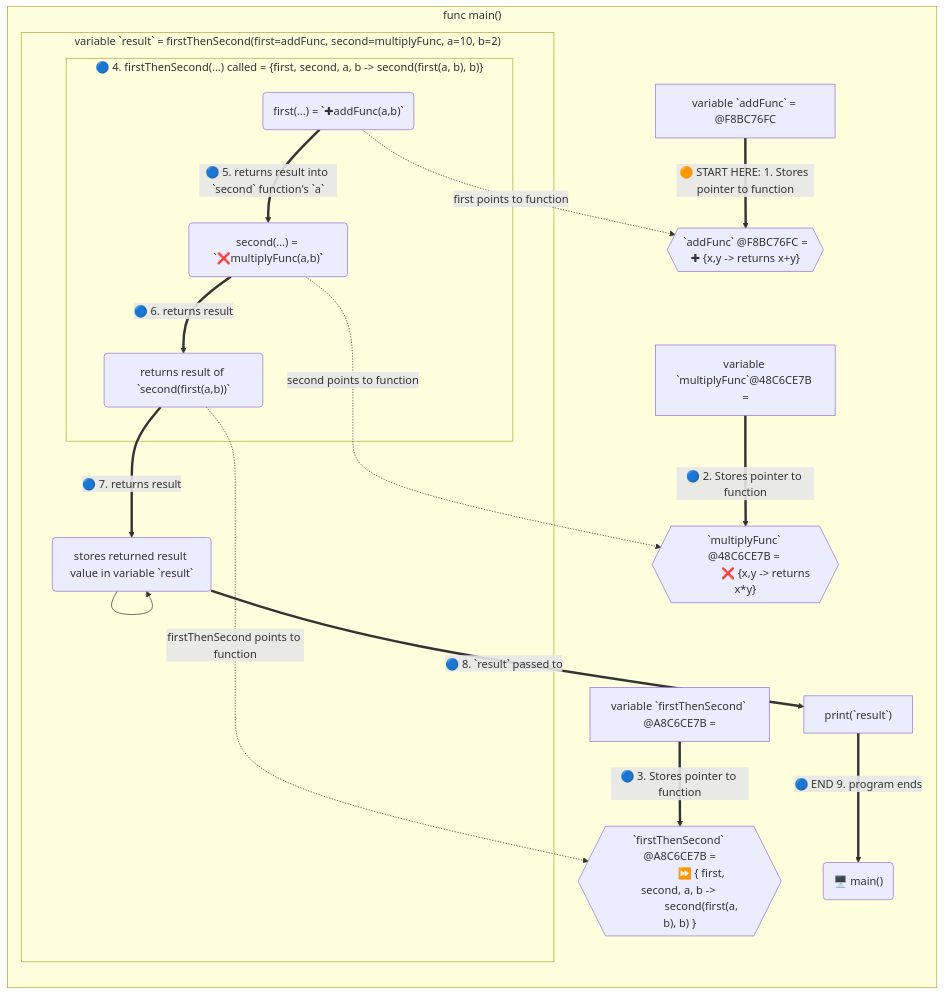
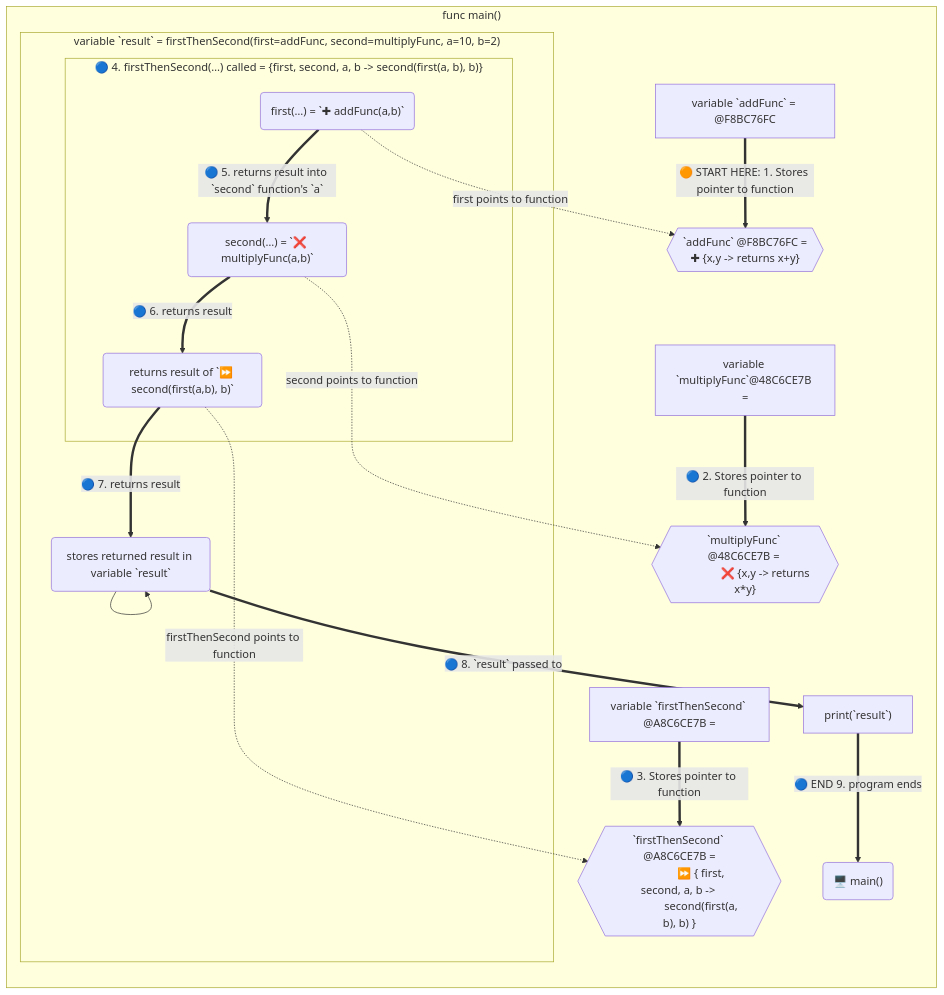
Before and after one commit to realityexpander/How_to_program_from_ground_up: the diagram in 10-FunctionalProgramming.md, drawn with Mermaid.

Commit message:
improve diagram

````diff
--- a/10-FunctionalProgramming.md
+++ b/10-FunctionalProgramming.md
@@ -50,29 +50,29 @@
 ```mermaid
  flowchart LR
  
  subgraph main["func main()"]
     X["variable `addFunc` = @F8BC76FC"] ==>|🟠 START HERE: 1. Stores pointer to function| addFn{{" `addFunc` @F8BC76FC =
            ✚ {x,y -> returns x+y} "}}
     Y["variable `multiplyFunc`@48C6CE7B ="] ==>|🔵 2. Stores pointer to function| multiplyFn{{" `multiplyFunc` @48C6CE7B = 
                 ❌ {x,y -> returns x*y}"}}
     Z["variable `firstThenSecond` @A8C6CE7B ="] ==>|🔵 3. Stores pointer to function| firstThenSecondFunc{{" `firstThenSecond` @A8C6CE7B =
                  ⏩ { first, second, a, b -> 
                  second(first(a, b), b) }"}}
     first -.->|first points to function| addFn
     second -..->|second points to function| multiplyFn
     D -...->|firstThenSecond points to function| firstThenSecondFunc
     subgraph result[" variable `result` = firstThenSecond(first=addFunc, second=multiplyFunc, a=10, b=2)"]
        subgraph firstThenSecond[" 🔵 4. firstThenSecond(…) called = {first, second, a, b -> second(first(a, b), b)}"]
-          first("first(…) = `✚addFunc(a,b)`")==>|🔵 5. returns result into `second` function's `a` | second
-          second("second(…) = `❌multiplyFunc(a,b)`") ==>|🔵 6. returns result| D
+          first("first(…) = `✚ addFunc(a,b)`")==>|🔵 5. returns result into `second` function's `a` | second
+          second("second(…) = `❌ multiplyFunc(a,b)`") ==>|🔵 6. returns result| D
        end
-       D("returns result of `second(first(a,b))`") ==>|🔵 7. returns result| E
+       D("returns result of `⏩ second(first(a,b), b)`") ==>|🔵 7. returns result| E
     end
-    E("stores returned result value in variable `result`") ==>|🔵 8. `result` passed to| F
+    E("stores returned result in variable `result`") ==>|🔵 8. `result` passed to| F
     E --> E
     F["print(`result`)"]==>|🔵 END 9. program ends| G
  end
  G("🖥️ main()")
  
  
  ```
````
